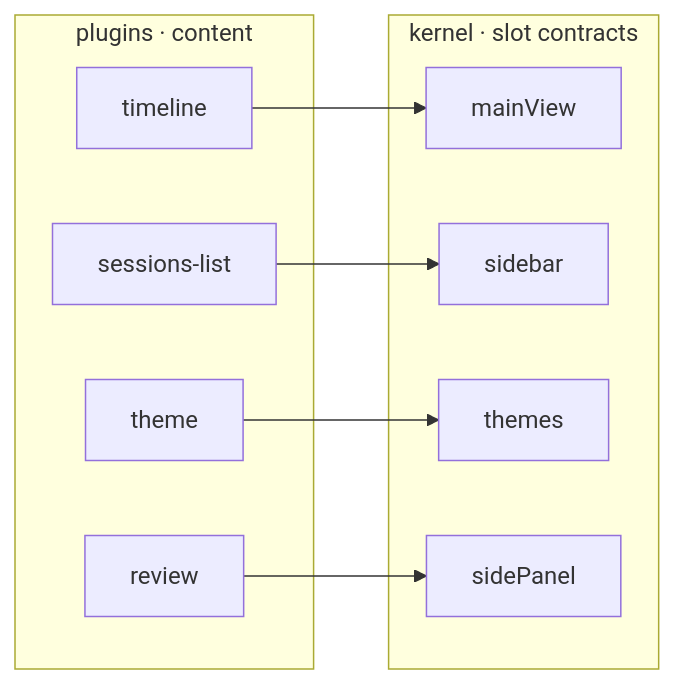
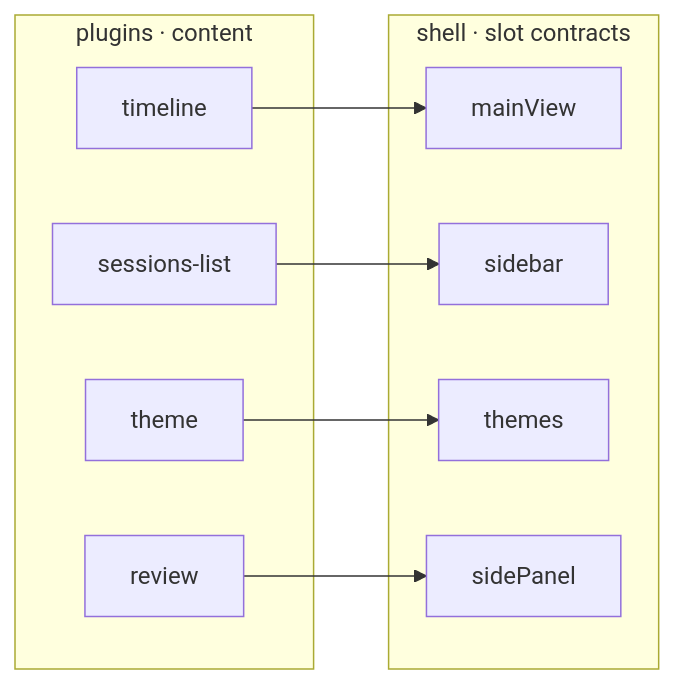
The fourth of 5 diagrams in README.md (GOODDAYDAY/my-harness-desktop), drawn with Mermaid before and after one commit. The commit also changed other lines of this file and 1 other file, not shown here.

````diff
--- a/README.md
+++ b/README.md
@@ -199,19 +204,19 @@
 ```mermaid
 flowchart LR
     subgraph plugins[plugins · content]
         A[timeline]
         B[sessions-list]
         C[theme]
         D[review]
     end
-    subgraph kernel[kernel · slot contracts]
+    subgraph shell[shell · slot contracts]
         S1[mainView]
         S2[sidebar]
         S3[themes]
         S4[sidePanel]
     end
     A --> S1
     B --> S2
     C --> S3
     D --> S4
 ```
````
